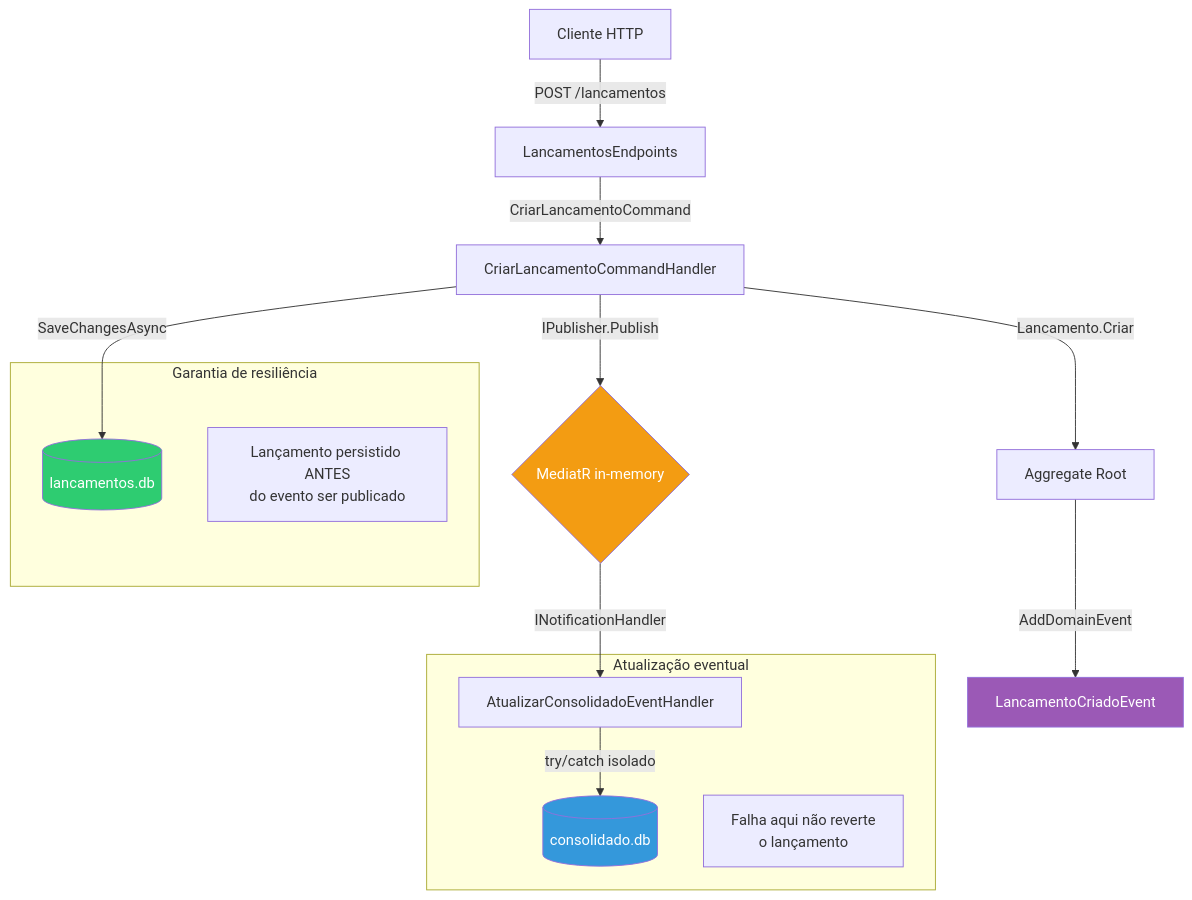
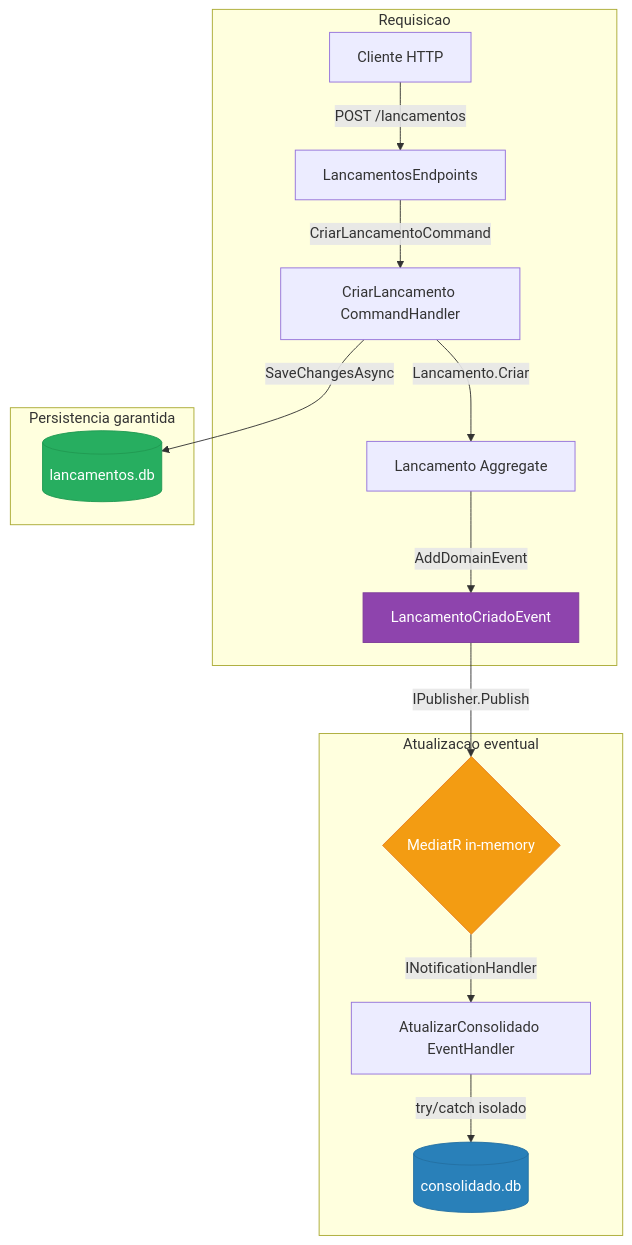
The fifth of 7 diagrams in README.md (viniciusxavier-cit/poc-fluxo-caixa), drawn with Mermaid before and after one commit. The commit also changed other lines of this file, not shown here.

Commit message:
Alterando diagramas

````diff
--- a/README.md
+++ b/README.md
@@ -156,27 +192,34 @@
 ```mermaid
 flowchart TD
-    A[Cliente HTTP] -->|POST /lancamentos| B[LancamentosEndpoints]
-    B -->|CriarLancamentoCommand| C[CriarLancamentoCommandHandler]
-    C -->|Lancamento.Criar| D[Aggregate Root]
-    D -->|AddDomainEvent| E[LancamentoCriadoEvent]
-    C -->|SaveChangesAsync| F[(lancamentos.db)]
-    C -->|IPublisher.Publish| G{MediatR in-memory}
-    G -->|INotificationHandler| H[AtualizarConsolidadoEventHandler]
-    H -->|try/catch isolado| I[(consolidado.db)]
-    
-    style F fill:#2ecc71,color:#fff
-    style I fill:#3498db,color:#fff
-    style G fill:#f39c12,color:#fff
-    style E fill:#9b59b6,color:#fff
-
-    subgraph Garantia de resiliência
-        F
-        note1[Lançamento persistido ANTES\ndo evento ser publicado]
+    subgraph req [Requisicao]
+        A[Cliente HTTP]
+        B[LancamentosEndpoints]
+        C[CriarLancamento CommandHandler]
+        D[Lancamento Aggregate]
+        E[LancamentoCriadoEvent]
     end
 
-    subgraph Atualização eventual
-        H
-        I
-        note2[Falha aqui não reverte\no lançamento]
+    subgraph per [Persistencia garantida]
+        F[(lancamentos.db)]
     end
+
+    subgraph eve [Atualizacao eventual]
+        G{MediatR in-memory}
+        H[AtualizarConsolidado EventHandler]
+        I[(consolidado.db)]
+    end
+
+    A -->|POST /lancamentos| B
+    B -->|CriarLancamentoCommand| C
+    C -->|Lancamento.Criar| D
+    D -->|AddDomainEvent| E
+    C -->|SaveChangesAsync| F
+    E -->|IPublisher.Publish| G
+    G -->|INotificationHandler| H
+    H -->|try/catch isolado| I
+
+    style F fill:#27ae60,color:#fff,stroke:#219a52
+    style I fill:#2980b9,color:#fff,stroke:#2471a3
+    style G fill:#f39c12,color:#fff,stroke:#e67e22
+    style E fill:#8e44ad,color:#fff,stroke:#7d3c98
 ```
````
